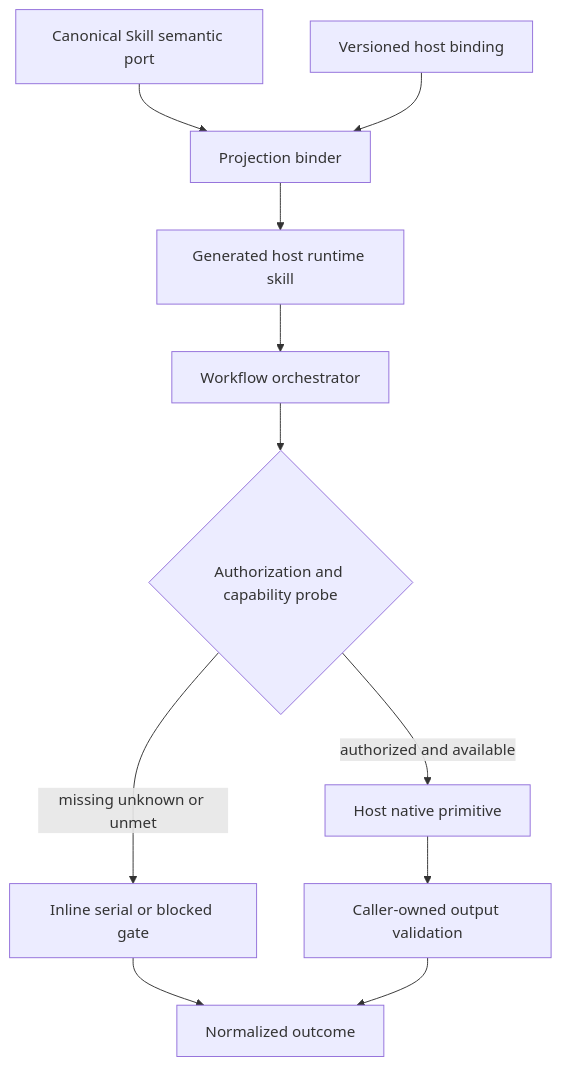
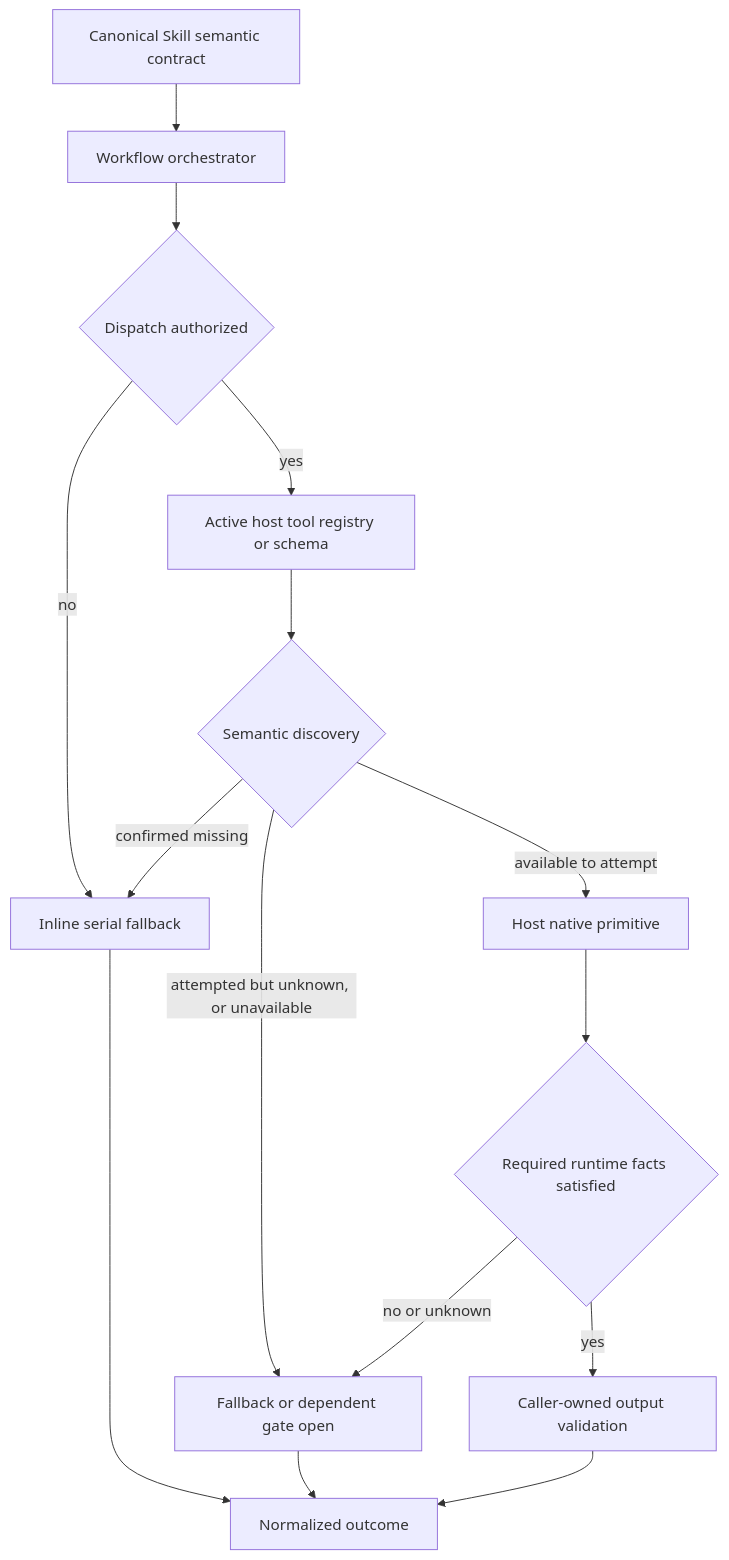
Before and after one commit to leo-kuang-ai/spec-first: the first of 3 diagrams in docs/plans/2026-07-28-001-refactor-host-neutral-worker-dispatch-plan.md, drawn with Mermaid. The commit also changed other lines of this file and 4 other files, not shown here.

````diff
--- a/docs/plans/2026-07-28-001-refactor-host-neutral-worker-dispatch-plan.md
+++ b/docs/plans/2026-07-28-001-refactor-host-neutral-worker-dispatch-plan.md
@@ -218,13 +224,17 @@
 ```mermaid
 flowchart TB
-  S[Canonical Skill semantic port] --> P[Projection binder]
-  B[Versioned host binding] --> P
-  P --> R[Generated host runtime skill]
-  R --> O[Workflow orchestrator]
-  O --> D{Authorization and capability probe}
-  D -->|authorized and available| H[Host native primitive]
-  D -->|missing unknown or unmet| F[Inline serial or blocked gate]
-  H --> V[Caller-owned output validation]
+  S[Canonical Skill semantic contract] --> O[Workflow orchestrator]
+  O --> A{Dispatch authorized}
+  A -->|no| F[Inline serial fallback]
+  A -->|yes| T[Active host tool registry or schema]
+  T --> D{Semantic discovery}
+  D -->|confirmed missing| F
+  D -->|attempted but unknown, or unavailable| G[Fallback or dependent gate open]
+  D -->|available to attempt| H[Host native primitive]
+  H --> C{Required runtime facts satisfied}
+  C -->|no or unknown| G
+  C -->|yes| V[Caller-owned output validation]
   F --> N[Normalized outcome]
+  G --> N
   V --> N
 ```
````
